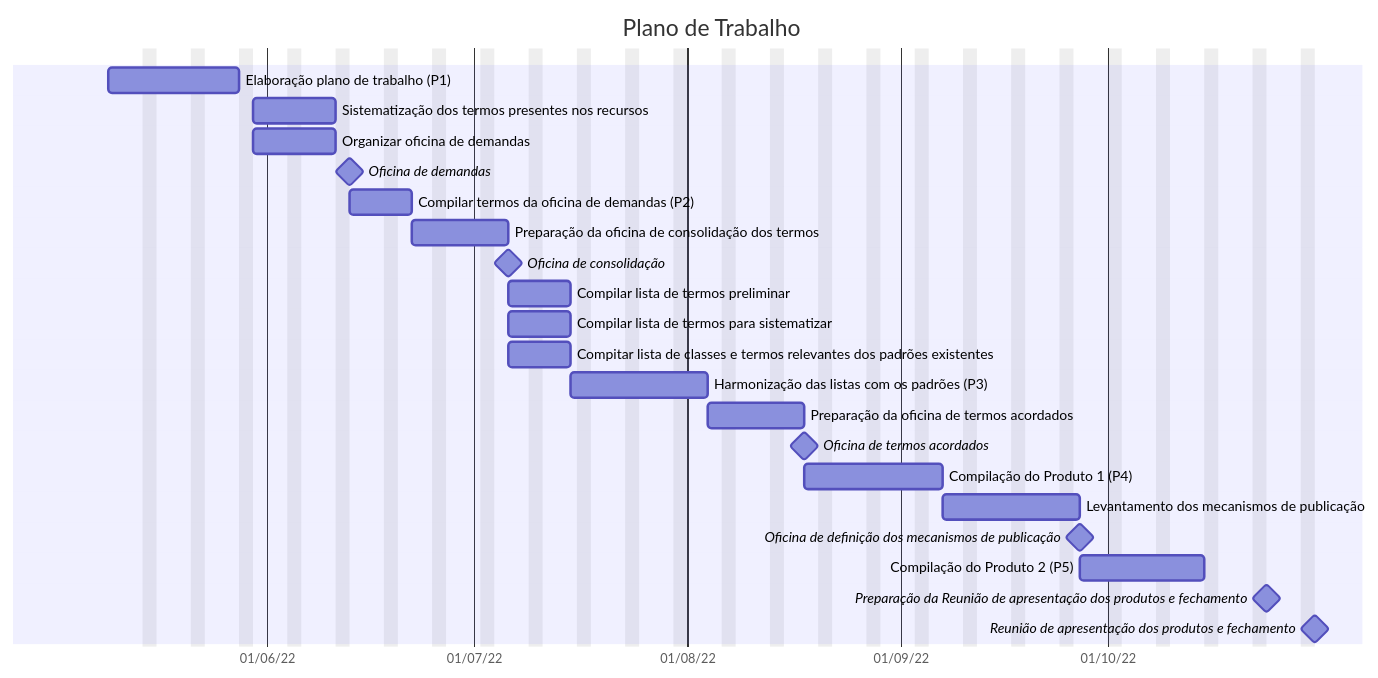
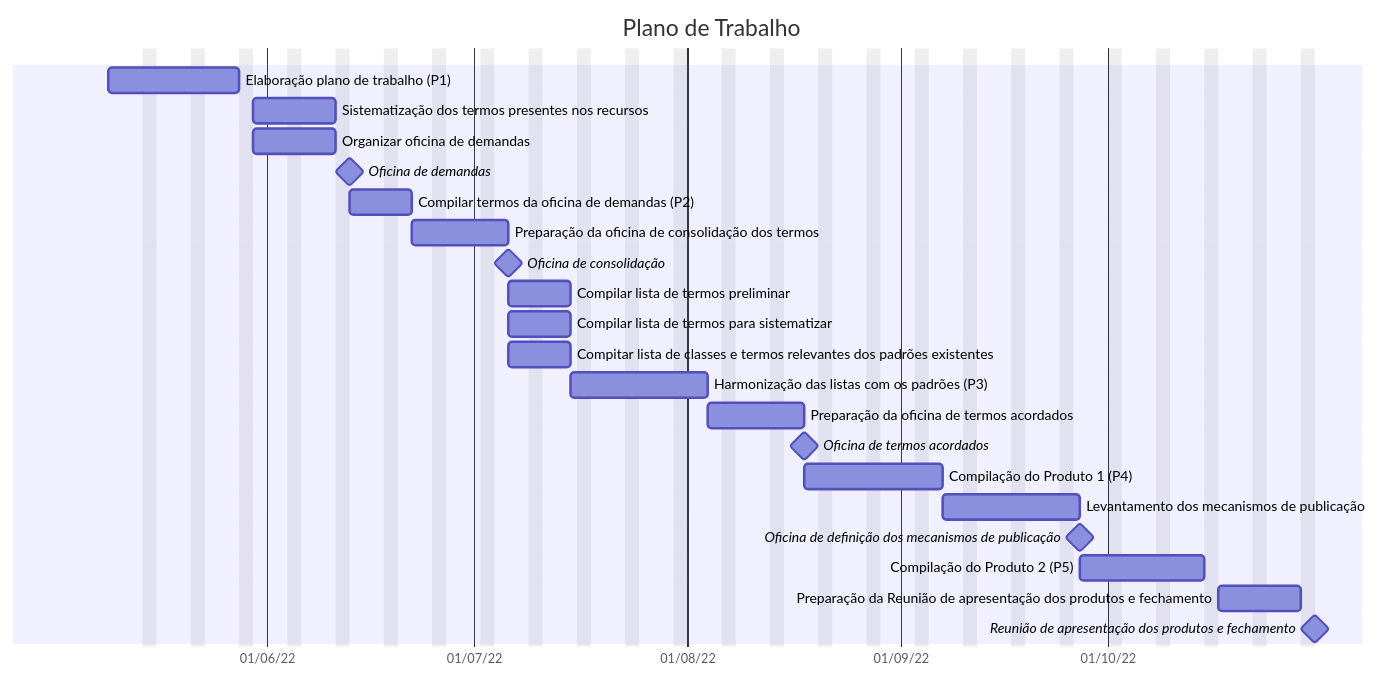
The diagram in plano-de-trabalho/gantt.md (jlanna/MMA-Ameacadas), drawn with Mermaid before and after one commit.

````diff
--- a/plano-de-trabalho/gantt.md
+++ b/plano-de-trabalho/gantt.md
@@ -1,27 +1,27 @@
 ```mermaid
 gantt
     dateFormat DD/MM/YY
     axisFormat  %d/%m/%y
     todayMarker on
     title Plano de Trabalho
     excludes weekends
     Elaboração plano de trabalho (P1): t0, 09/05/22, 15d
     Sistematização dos termos presentes nos recursos :t1, after t0, 10d
     Organizar oficina de demandas :t2, after t0, 10d
     Oficina de demandas :milestone,0d
     Compilar termos da oficina de demandas (P2) :t3, after t2, 1w
     Preparação da oficina de consolidação dos termos :t4, after t3, 10d
     Oficina de consolidação :milestone,0d
     Compilar lista de termos preliminar :t5, after t4, 1w
     Compilar lista de termos para sistematizar :t6, after t4, 1w
     Compitar lista de classes e termos relevantes dos padrões existentes :t7, after t4, 1w
     Harmonização das listas com os padrões (P3):t8, after t5 t6 t7, 2w
     Preparação da oficina de termos acordados :t9, after t8, 10d
     Oficina de termos acordados :milestone, 0d
     Compilação do Produto 1 (P4) :t10, after t9, 2w
     Levantamento dos mecanismos de publicação :t11, after t10, 2w
     Oficina de definição dos mecanismos de publicação :milestone, 0d
     Compilação do Produto 2 (P5) :t12, after t11, 2w
-    Preparação da Reunião de apresentação dos produtos e fechamento :milestone, 10d
+    Preparação da Reunião de apresentação dos produtos e fechamento :t13, after t12, 10d
     Reunião de apresentação dos produtos e fechamento :milestone, 0d
 ```
````
